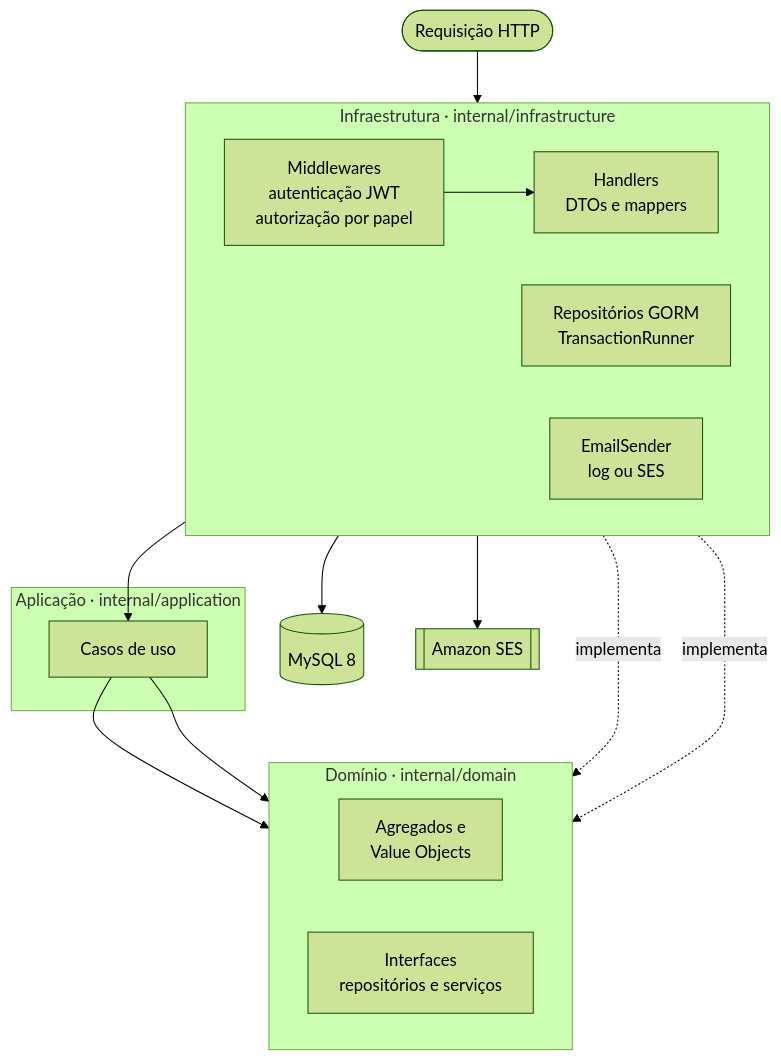
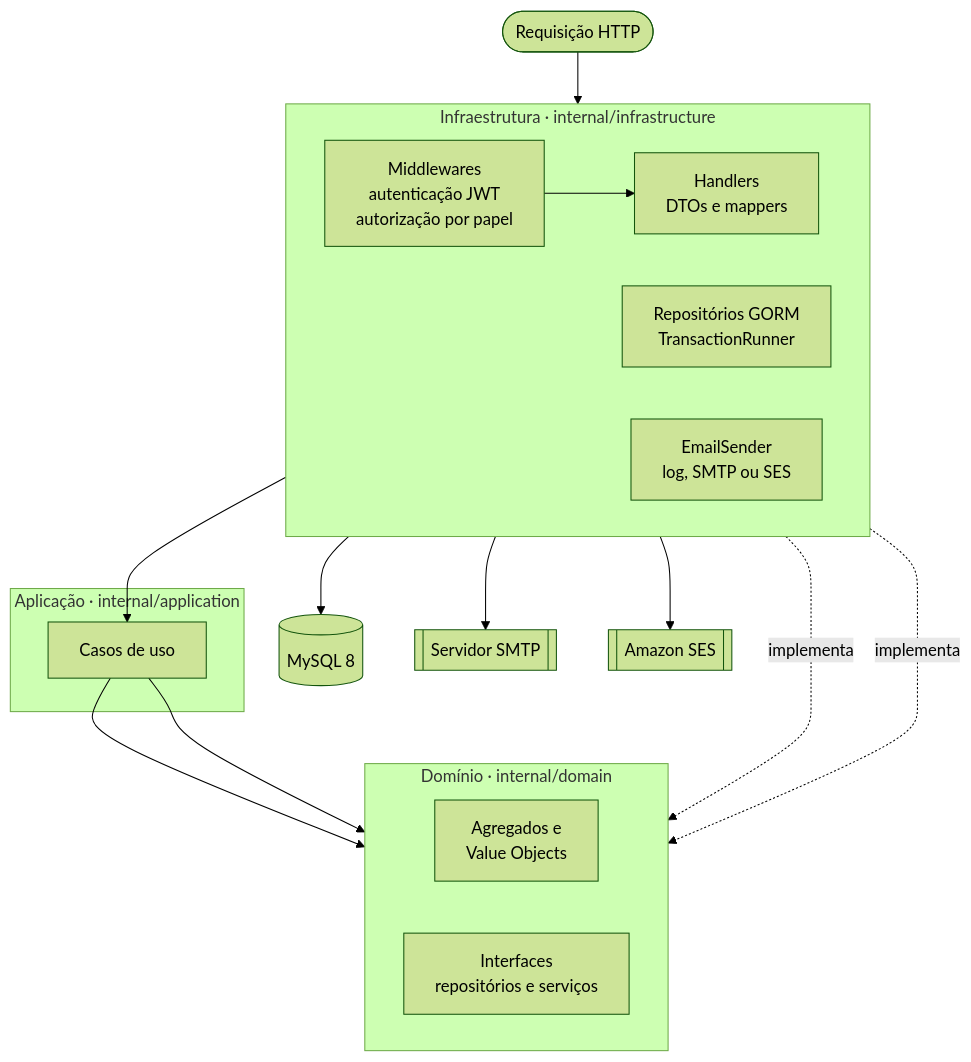
Before and after one commit to muriloperosa/soat-architecture: the first of 4 diagrams in README.md, drawn with Mermaid (forest theme). The commit also changed other lines of this file and 19 other files, not shown here.

First line of the commit message:
Refactor email sending mechanism to support SMTP; remove SES configuration

````diff
--- a/README.md
+++ b/README.md
@@ -58,31 +58,32 @@
 ```mermaid
 flowchart TB
     req(["Requisição HTTP"]) --> mw
 
     subgraph infra["Infraestrutura · internal/infrastructure"]
         direction LR
         mw["Middlewares<br/>autenticação JWT<br/>autorização por papel"]
         handlers["Handlers<br/>DTOs e mappers"]
         persist["Repositórios GORM<br/>TransactionRunner"]
-        email["EmailSender<br/>log ou SES"]
+        email["EmailSender<br/>log, SMTP ou SES"]
         mw --> handlers
     end
 
     subgraph app["Aplicação · internal/application"]
         uc["Casos de uso"]
     end
 
     subgraph dom["Domínio · internal/domain"]
         direction LR
         ent["Agregados e<br/>Value Objects"]
         ports["Interfaces<br/>repositórios e serviços"]
     end
 
     handlers --> uc
     uc --> ent
     uc --> ports
     persist -. implementa .-> ports
     email -. implementa .-> ports
     persist --> db[("MySQL 8")]
+    email --> smtp[["Servidor SMTP"]]
     email --> ses[["Amazon SES"]]
 ```
````
